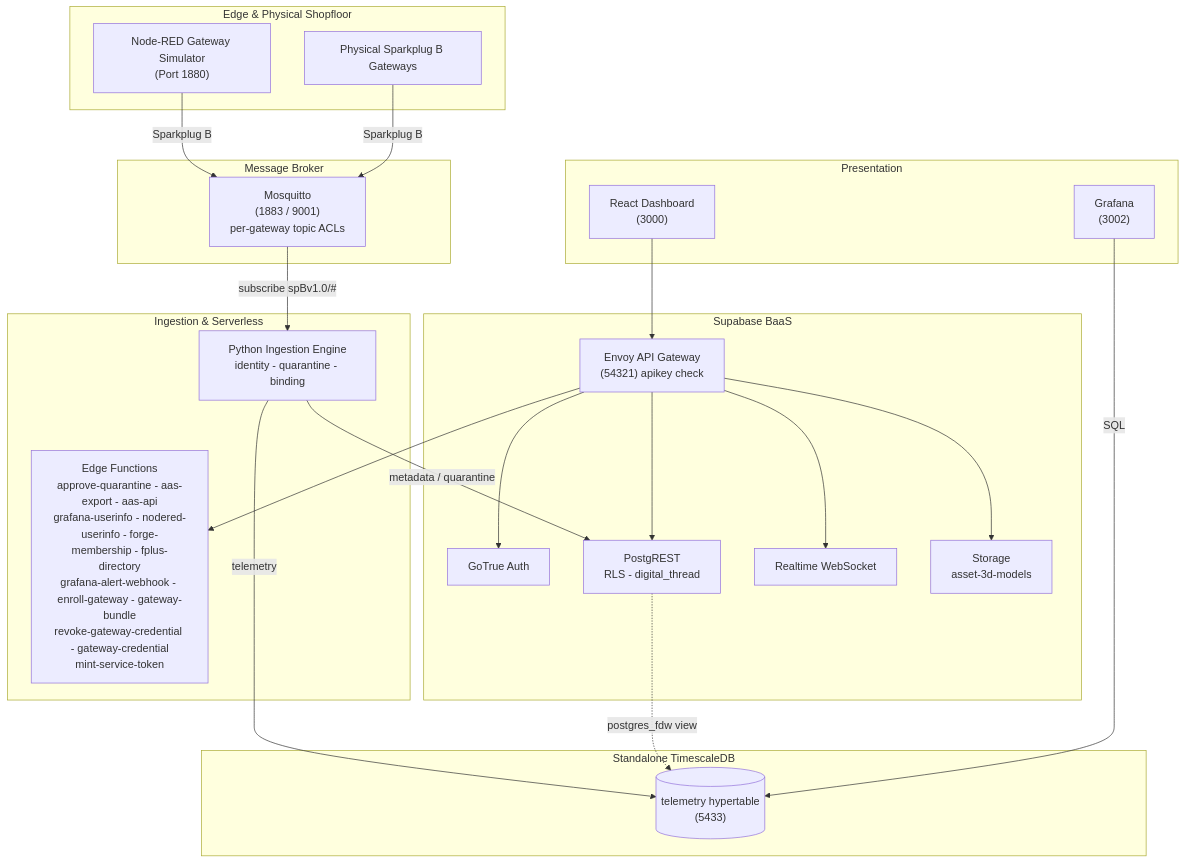
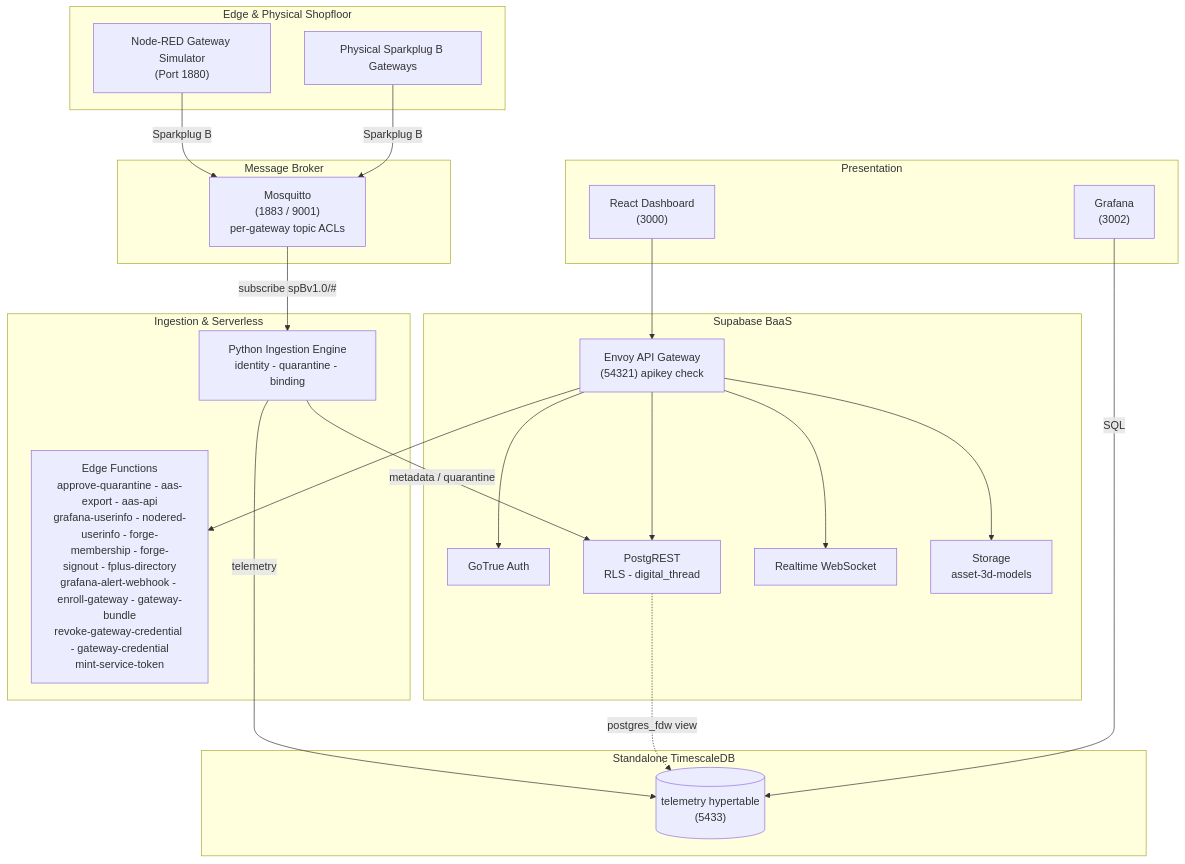
Before and after one commit to Harri-Llewelyn/Aber: the diagram in README.md, drawn with Mermaid. The commit also changed other lines of this file and 10 other files, not shown here.

````diff
--- a/README.md
+++ b/README.md
@@ -30,47 +30,47 @@
 ```mermaid
 flowchart TB
     subgraph Edge ["Edge & Physical Shopfloor"]
         NR["Node-RED Gateway Simulator<br/>(Port 1880)"]
         DEV["Physical Sparkplug B Gateways"]
     end
 
     subgraph Messaging ["Message Broker"]
         MQTT["Mosquitto<br/>(1883 / 9001)<br/>per-gateway topic ACLs"]
     end
 
     subgraph Processing ["Ingestion & Serverless"]
         ING["Python Ingestion Engine<br/>identity - quarantine - binding"]
-        EF["Edge Functions<br/>approve-quarantine - aas-export - aas-api<br/>grafana-userinfo - nodered-userinfo - forge-membership - fplus-directory<br/>grafana-alert-webhook - enroll-gateway - gateway-bundle<br/>revoke-gateway-credential - gateway-credential<br/>mint-service-token"]
+        EF["Edge Functions<br/>approve-quarantine - aas-export - aas-api<br/>grafana-userinfo - nodered-userinfo - forge-membership - forge-signout - fplus-directory<br/>grafana-alert-webhook - enroll-gateway - gateway-bundle<br/>revoke-gateway-credential - gateway-credential<br/>mint-service-token"]
     end
 
     subgraph Supabase ["Supabase BaaS"]
         GW["Envoy API Gateway<br/>(54321) apikey check"]
         AUTH["GoTrue Auth"]
         PGRST["PostgREST<br/>RLS - digital_thread"]
         RT["Realtime WebSocket"]
         STO["Storage<br/>asset-3d-models"]
     end
 
     subgraph TSDB ["Standalone TimescaleDB"]
         TS[("telemetry hypertable<br/>(5433)")]
     end
 
     subgraph UX ["Presentation"]
         UI["React Dashboard<br/>(3000)"]
         GRAF["Grafana<br/>(3002)"]
     end
 
     NR -->|Sparkplug B| MQTT
     DEV -->|Sparkplug B| MQTT
     MQTT -->|subscribe spBv1.0/#| ING
     ING -->|metadata / quarantine| PGRST
     ING -->|telemetry| TS
     UI --> GW
     GW --> AUTH
     GW --> PGRST
     GW --> RT
     GW --> STO
     GW --> EF
     PGRST -.->|postgres_fdw view| TS
     GRAF -->|SQL| TS
 ```
````
